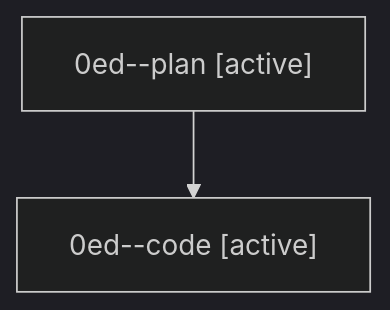
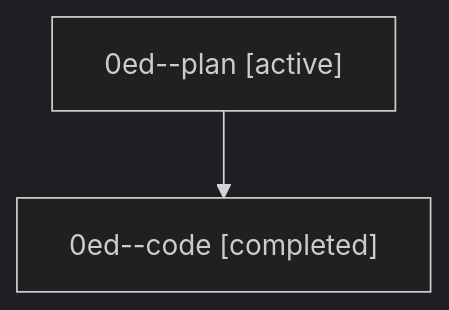
Before and after one commit to sase-org/sase--agents: the diagram in families/bbugyi200.athena.0ed.md, drawn with Mermaid (dark theme). The commit also changed other lines of this file and 35830 other files, not shown here.

````diff
--- a/families/bbugyi200.athena.0ed.md
+++ b/families/bbugyi200.athena.0ed.md
@@ -9,6 +9,6 @@
 ```mermaid
 flowchart TD
   n0["0ed--plan [active]"]
-  n1["0ed--code [active]"]
+  n1["0ed--code [completed]"]
   n0 --> n1
 ```
````
